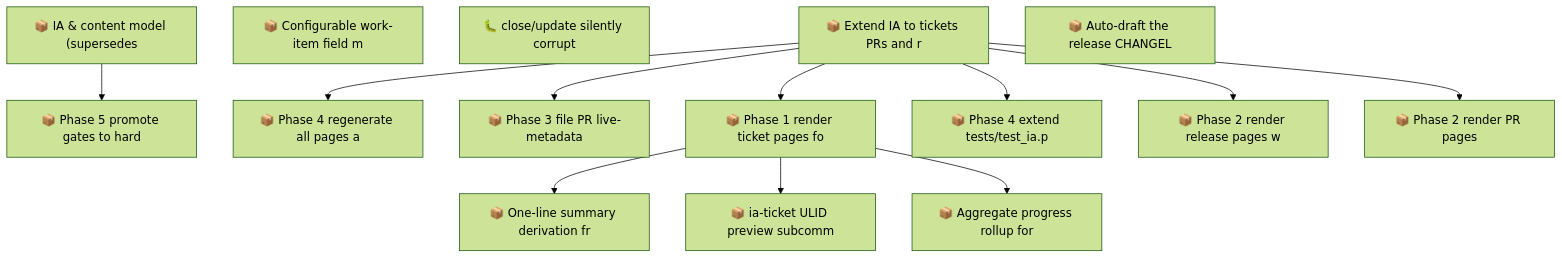
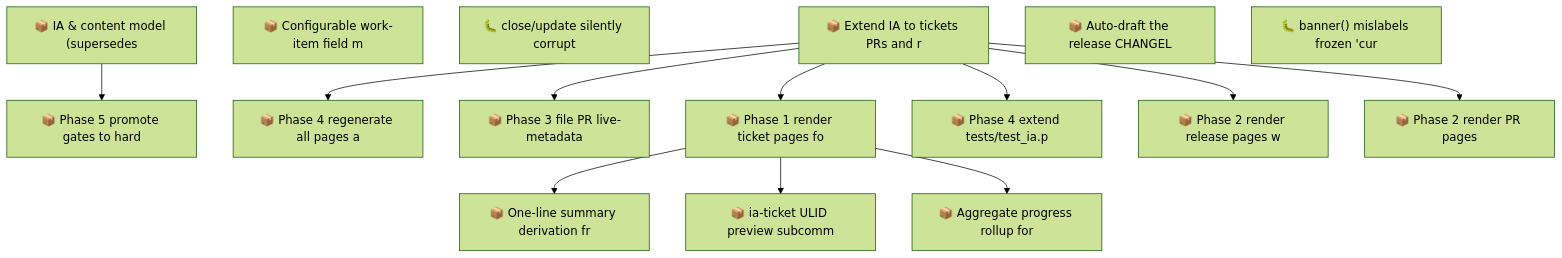
The second of 2 diagrams in docs/roadmap.md (SpillwaveSolutions/wiki_ticket_sdd), drawn with Mermaid (forest theme) before and after one commit. The commit also changed other lines of this file and 1 other file, not shown here.

First line of the commit message:
chore(worklog): file banner() mislabeling bug found during artifact-pages work

````diff
--- a/docs/roadmap.md
+++ b/docs/roadmap.md
@@ -108,28 +110,29 @@
 ```mermaid
 graph TD
     01KY5G9ZW0H2YMNWDFJYGRPYE5["📦 IA & content model (supersedes"]
     01KY5G9ZW0RABXWHEMEP1FAV2G["📦 Phase 5 promote gates to hard"]
     01KY5NE0ZYGBWG44N0KPEBFCZ8["📦 Configurable work-item field m"]
     01KYA99TVCGX79HFNHN1DVT7Y6["🐛 close/update silently corrupt"]
     01KYABYEQP8ANXGYPBCV2T20D8["📦 Extend IA to tickets PRs and r"]
     01KYABYEQP9FDY8THDV79F324G["📦 One-line summary derivation fr"]
     01KYABYEQPAFJM7WC3XZV6YY76["📦 ia-ticket ULID preview subcomm"]
     01KYABYEQPDS2VFQKQ7B6YXZVR["📦 Phase 4 regenerate all pages a"]
     01KYABYEQPF8N2K26ENRKREE0W["📦 Phase 3 file PR live-metadata"]
     01KYABYEQPK6PV87WNZXEYRB12["📦 Phase 1 render ticket pages fo"]
     01KYABYEQPNK7HHH5CMAR2V1JG["📦 Phase 4 extend tests/test_ia.p"]
     01KYABYEQPP82DJEN19F43YRAE["📦 Phase 2 render release pages w"]
     01KYABYEQPRM8308SYFPR8X437["📦 Aggregate progress rollup for"]
     01KYABYEQPW8Q2RGGTNP71W88E["📦 Phase 2 render PR pages"]
     01KYAC0AC01R4C6W7YY1X8NVRV["📦 Auto-draft the release CHANGEL"]
+    01KYACFJA0SQSF4C83BJZXB5MY["🐛 banner() mislabels frozen 'cur"]
     01KY5G9ZW0H2YMNWDFJYGRPYE5 --> 01KY5G9ZW0RABXWHEMEP1FAV2G
     01KYABYEQPK6PV87WNZXEYRB12 --> 01KYABYEQP9FDY8THDV79F324G
     01KYABYEQPK6PV87WNZXEYRB12 --> 01KYABYEQPAFJM7WC3XZV6YY76
     01KYABYEQP8ANXGYPBCV2T20D8 --> 01KYABYEQPDS2VFQKQ7B6YXZVR
     01KYABYEQP8ANXGYPBCV2T20D8 --> 01KYABYEQPF8N2K26ENRKREE0W
     01KYABYEQP8ANXGYPBCV2T20D8 --> 01KYABYEQPK6PV87WNZXEYRB12
     01KYABYEQP8ANXGYPBCV2T20D8 --> 01KYABYEQPNK7HHH5CMAR2V1JG
     01KYABYEQP8ANXGYPBCV2T20D8 --> 01KYABYEQPP82DJEN19F43YRAE
     01KYABYEQPK6PV87WNZXEYRB12 --> 01KYABYEQPRM8308SYFPR8X437
     01KYABYEQP8ANXGYPBCV2T20D8 --> 01KYABYEQPW8Q2RGGTNP71W88E
 ```
````
